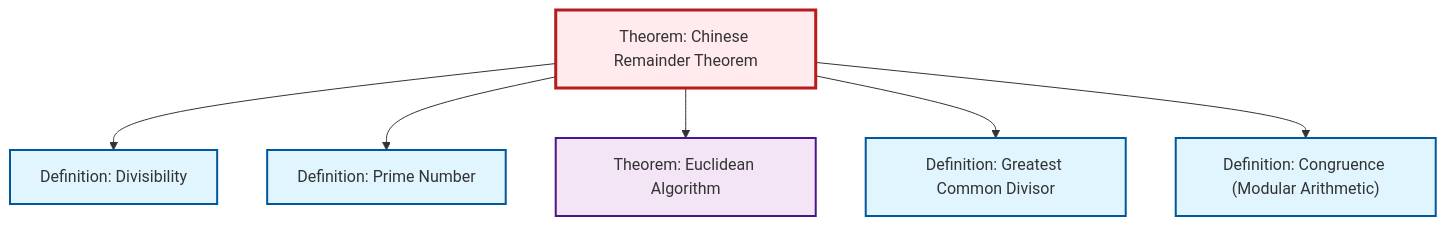
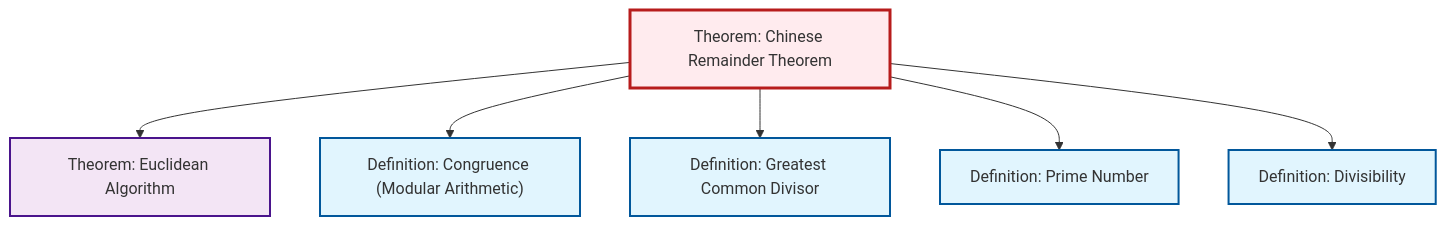
Before and after one commit to RK0429/ModernMath: the diagram in content/en/number-theory/thm-chinese-remainder.qmd, drawn with Mermaid. The commit also changed other lines of this file and 581 other files, not shown here.

````diff
--- a/content/en/number-theory/thm-chinese-remainder.qmd
+++ b/content/en/number-theory/thm-chinese-remainder.qmd
@@ -88,26 +88,26 @@
 ```{mermaid}
 %%| fig-cap: "Local dependency graph"
 graph TD
     classDef definition fill:#e1f5fe,stroke:#01579b,stroke-width:2px
     classDef theorem fill:#f3e5f5,stroke:#4a148c,stroke-width:2px
     classDef axiom fill:#fff3e0,stroke:#e65100,stroke-width:2px
     classDef example fill:#e8f5e9,stroke:#1b5e20,stroke-width:2px
     classDef current fill:#ffebee,stroke:#b71c1c,stroke-width:3px
+    def-divisibility["Definition: Divisibility"]:::definition
+    thm-euclidean-algorithm["Theorem: Euclidean Algorithm"]:::theorem
+    thm-chinese-remainder["Theorem: Chinese Remainder Theorem"]:::theorem
     def-prime["Definition: Prime Number"]:::definition
-    thm-chinese-remainder["Theorem: Chinese Remainder Theorem"]:::theorem
-    def-divisibility["Definition: Divisibility"]:::definition
     def-congruence["Definition: Congruence (Modular Arithmetic)"]:::definition
-    thm-euclidean-algorithm["Theorem: Euclidean Algorithm"]:::theorem
     def-gcd["Definition: Greatest Common Divisor"]:::definition
+    thm-chinese-remainder --> thm-euclidean-algorithm
+    thm-chinese-remainder --> def-congruence
+    thm-chinese-remainder --> def-gcd
+    thm-chinese-remainder --> def-prime
     thm-chinese-remainder --> def-divisibility
-    thm-chinese-remainder --> def-prime
-    thm-chinese-remainder --> thm-euclidean-algorithm
-    thm-chinese-remainder --> def-gcd
-    thm-chinese-remainder --> def-congruence
     class thm-chinese-remainder current
+    click def-divisibility "def-divisibility.html" "Go to Divisibility definition"
+    click thm-euclidean-algorithm "thm-euclidean-algorithm.html" "Go to Euclidean Algorithm theorem"
     click def-prime "def-prime.html" "Go to Prime Number definition"
-    click def-divisibility "def-divisibility.html" "Go to Divisibility definition"
     click def-congruence "def-congruence.html" "Go to Congruence (Modular Arithmetic) definition"
-    click thm-euclidean-algorithm "thm-euclidean-algorithm.html" "Go to Euclidean Algorithm theorem"
     click def-gcd "def-gcd.html" "Go to Greatest Common Divisor definition"
 ```
````
